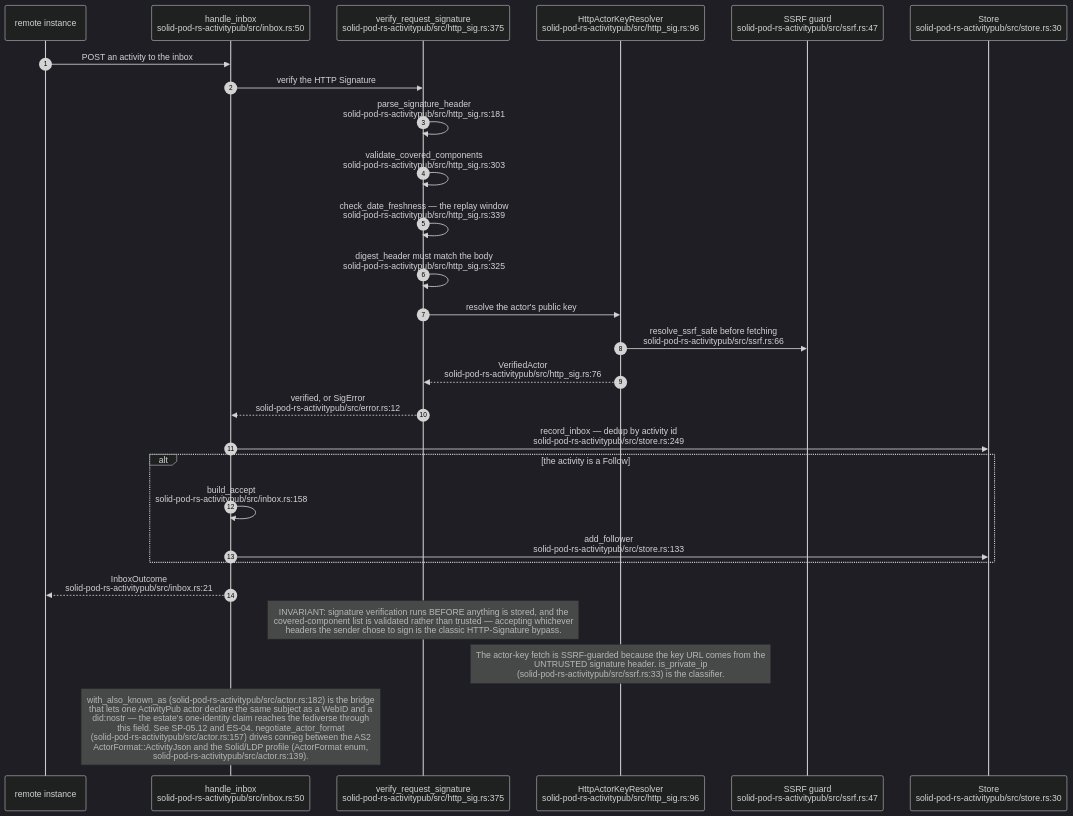
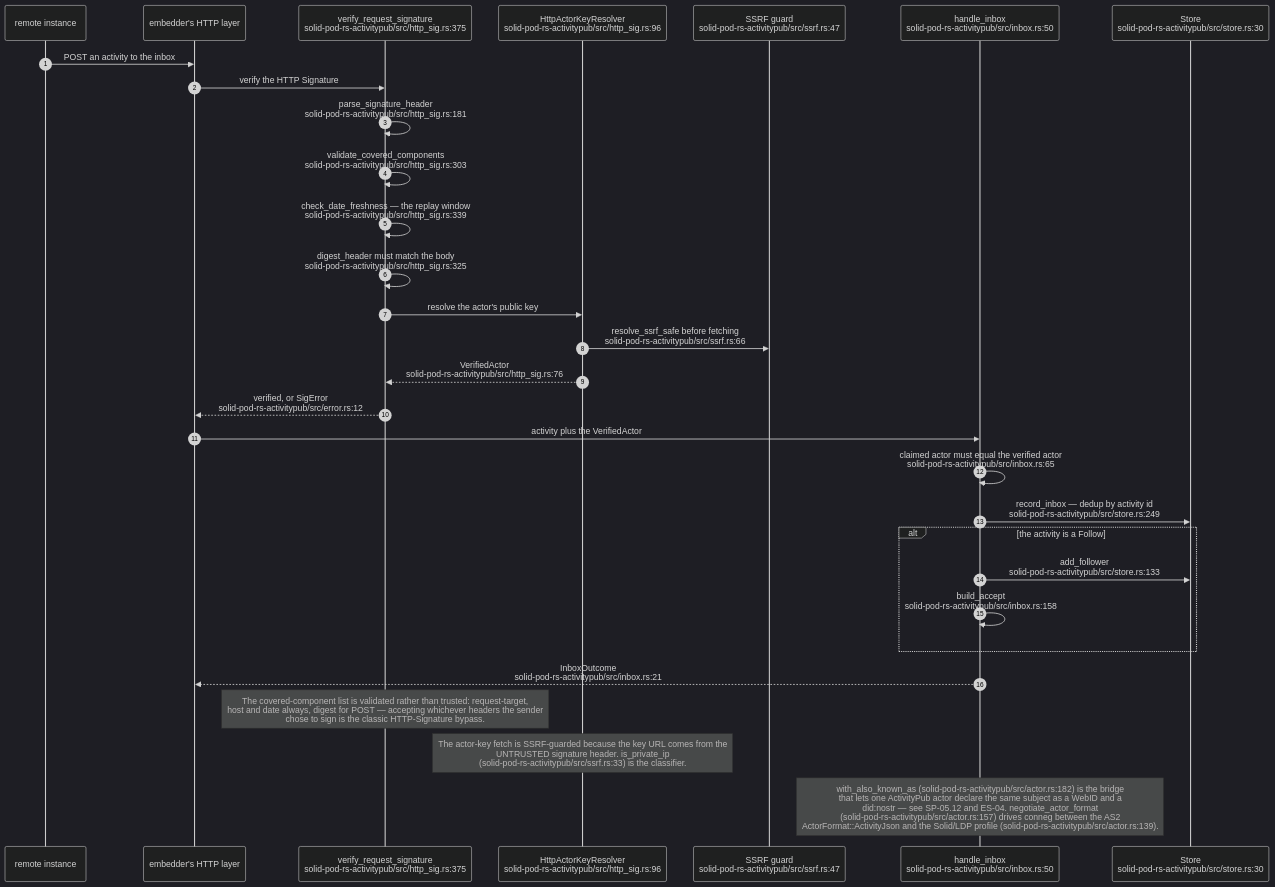
One commit to DreamLab-AI/VisionFlow changed the fifth of 17 diagrams in docs/diagrams/solid-pod-rs/08-federation-notifications-forge-mcp.md. Above: the diagram before and after it, drawn with Mermaid (dark theme). The commit also changed other lines of this file and 47 other files, not shown here.

````diff
--- a/docs/diagrams/solid-pod-rs/08-federation-notifications-forge-mcp.md
+++ b/docs/diagrams/solid-pod-rs/08-federation-notifications-forge-mcp.md
@@ -163,31 +193,34 @@
 ```mermaid
 sequenceDiagram
     autonumber
     participant R as remote instance
-    participant I as handle_inbox<br/>solid-pod-rs-activitypub/src/inbox.rs:50
+    participant E as embedder's HTTP layer
     participant V as verify_request_signature<br/>solid-pod-rs-activitypub/src/http_sig.rs:375
     participant K as HttpActorKeyResolver<br/>solid-pod-rs-activitypub/src/http_sig.rs:96
     participant SS as SSRF guard<br/>solid-pod-rs-activitypub/src/ssrf.rs:47
+    participant I as handle_inbox<br/>solid-pod-rs-activitypub/src/inbox.rs:50
     participant S as Store<br/>solid-pod-rs-activitypub/src/store.rs:30
 
-    R->>I: POST an activity to the inbox
-    I->>V: verify the HTTP Signature
+    R->>E: POST an activity to the inbox
+    E->>V: verify the HTTP Signature
     V->>V: parse_signature_header<br/>solid-pod-rs-activitypub/src/http_sig.rs:181
     V->>V: validate_covered_components<br/>solid-pod-rs-activitypub/src/http_sig.rs:303
     V->>V: check_date_freshness — the replay window<br/>solid-pod-rs-activitypub/src/http_sig.rs:339
     V->>V: digest_header must match the body<br/>solid-pod-rs-activitypub/src/http_sig.rs:325
     V->>K: resolve the actor's public key
     K->>SS: resolve_ssrf_safe before fetching<br/>solid-pod-rs-activitypub/src/ssrf.rs:66
     K-->>V: VerifiedActor<br/>solid-pod-rs-activitypub/src/http_sig.rs:76
-    V-->>I: verified, or SigError<br/>solid-pod-rs-activitypub/src/error.rs:12
+    V-->>E: verified, or SigError<br/>solid-pod-rs-activitypub/src/error.rs:12
+    E->>I: activity plus the VerifiedActor
+    I->>I: claimed actor must equal the verified actor<br/>solid-pod-rs-activitypub/src/inbox.rs:65
     I->>S: record_inbox — dedup by activity id<br/>solid-pod-rs-activitypub/src/store.rs:249
     alt the activity is a Follow
+        I->>S: add_follower<br/>solid-pod-rs-activitypub/src/store.rs:133
         I->>I: build_accept<br/>solid-pod-rs-activitypub/src/inbox.rs:158
-        I->>S: add_follower<br/>solid-pod-rs-activitypub/src/store.rs:133
     end
-    I-->>R: InboxOutcome<br/>solid-pod-rs-activitypub/src/inbox.rs:21
+    I-->>E: InboxOutcome<br/>solid-pod-rs-activitypub/src/inbox.rs:21
 
-    Note over V: INVARIANT: signature verification runs BEFORE anything is stored, and the<br/>covered-component list is validated rather than trusted — accepting whichever<br/>headers the sender chose to sign is the classic HTTP-Signature bypass.
+    Note over V: The covered-component list is validated rather than trusted: request-target,<br/>host and date always, digest for POST — accepting whichever headers the sender<br/>chose to sign is the classic HTTP-Signature bypass.
     Note over K: The actor-key fetch is SSRF-guarded because the key URL comes from the<br/>UNTRUSTED signature header. is_private_ip<br/>(solid-pod-rs-activitypub/src/ssrf.rs:33) is the classifier.
-    Note over I: with_also_known_as (solid-pod-rs-activitypub/src/actor.rs:182) is the bridge<br/>that lets one ActivityPub actor declare the same subject as a WebID and a<br/>did:nostr — the estate's one-identity claim reaches the fediverse through<br/>this field. See SP-05.12 and ES-04. negotiate_actor_format<br/>(solid-pod-rs-activitypub/src/actor.rs:157) drives conneg between the AS2<br/>ActorFormat::ActivityJson and the Solid/LDP profile (ActorFormat enum,<br/>solid-pod-rs-activitypub/src/actor.rs:139).
+    Note over I: with_also_known_as (solid-pod-rs-activitypub/src/actor.rs:182) is the bridge<br/>that lets one ActivityPub actor declare the same subject as a WebID and a<br/>did:nostr — see SP-05.12 and ES-04. negotiate_actor_format<br/>(solid-pod-rs-activitypub/src/actor.rs:157) drives conneg between the AS2<br/>ActorFormat::ActivityJson and the Solid/LDP profile (solid-pod-rs-activitypub/src/actor.rs:139).
 ```
````
